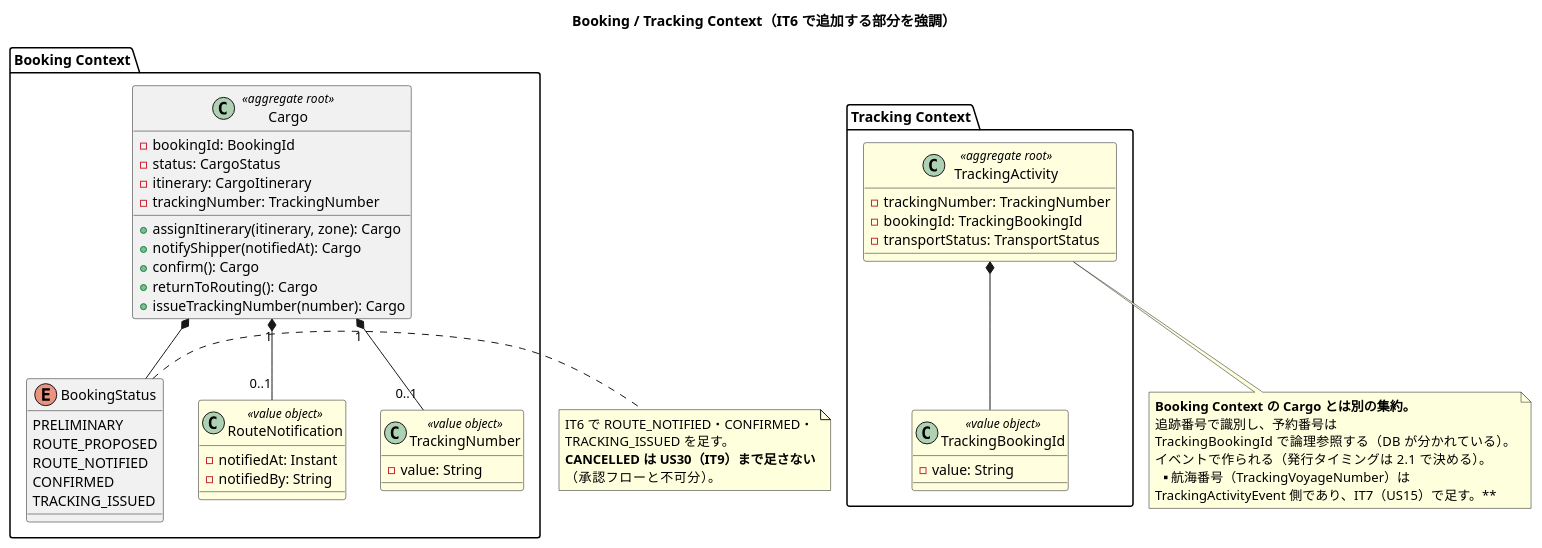
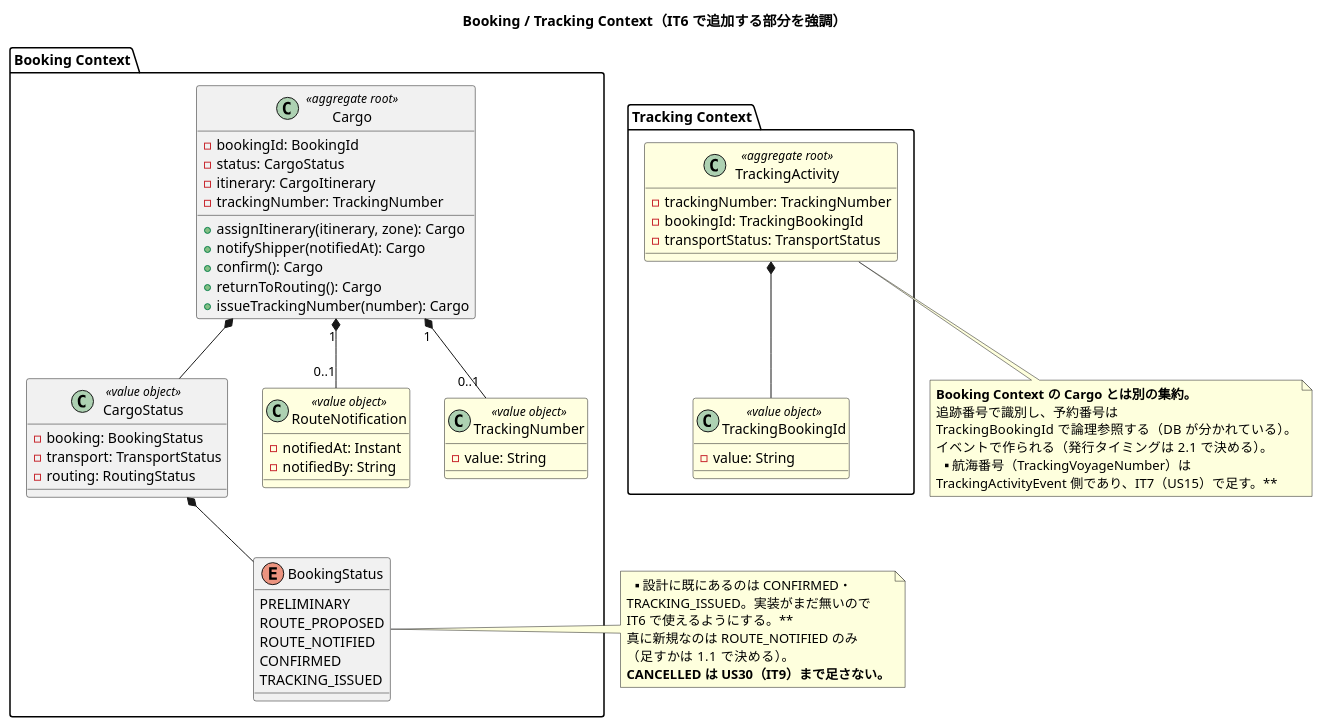
The first of 4 diagrams in docs/development/iteration_plan-6.md (k2works/case-study-cargo-tracker), drawn with PlantUML before and after one commit. The commit also changed other lines of this file and 4 other files, not shown here.

````diff
--- a/docs/development/iteration_plan-6.md
+++ b/docs/development/iteration_plan-6.md
@@ -114,69 +121,78 @@
 ```plantuml
 @startuml
 title Booking / Tracking Context（IT6 で追加する部分を強調）
 
 package "Booking Context" {
+  class CargoStatus <<value object>> {
+    -booking: BookingStatus
+    -transport: TransportStatus
+    -routing: RoutingStatus
+  }
+
   class Cargo <<aggregate root>> {
     -bookingId: BookingId
     -status: CargoStatus
     -itinerary: CargoItinerary
     -trackingNumber: TrackingNumber
     +assignItinerary(itinerary, zone): Cargo
     +notifyShipper(notifiedAt): Cargo
     +confirm(): Cargo
     +returnToRouting(): Cargo
     +issueTrackingNumber(number): Cargo
   }
 
   class RouteNotification <<value object>> #LightYellow {
     -notifiedAt: Instant
     -notifiedBy: String
   }
 
   class TrackingNumber <<value object>> #LightYellow {
     -value: String
   }
 
   enum BookingStatus {
     PRELIMINARY
     ROUTE_PROPOSED
     ROUTE_NOTIFIED
     CONFIRMED
     TRACKING_ISSUED
   }
 }
 
 package "Tracking Context" {
   class TrackingActivity <<aggregate root>> #LightYellow {
     -trackingNumber: TrackingNumber
     -bookingId: TrackingBookingId
     -transportStatus: TransportStatus
   }
 
   class TrackingBookingId <<value object>> #LightYellow {
     -value: String
   }
 }
 
-Cargo *-- BookingStatus
+Cargo *-- CargoStatus
+CargoStatus *-- BookingStatus
 Cargo "1" *-- "0..1" RouteNotification
 Cargo "1" *-- "0..1" TrackingNumber
 TrackingActivity *-- TrackingBookingId
 
 note bottom of TrackingActivity
   **Booking Context の Cargo とは別の集約。**
   追跡番号で識別し、予約番号は
   TrackingBookingId で論理参照する（DB が分かれている）。
   イベントで作られる（発行タイミングは 2.1 で決める）。
   **航海番号（TrackingVoyageNumber）は
   TrackingActivityEvent 側であり、IT7（US15）で足す。**
 end note
 
 note right of BookingStatus
-  IT6 で ROUTE_NOTIFIED・CONFIRMED・
-  TRACKING_ISSUED を足す。
-  **CANCELLED は US30（IT9）まで足さない**
-  （承認フローと不可分）。
+  **設計に既にあるのは CONFIRMED・
+  TRACKING_ISSUED。実装がまだ無いので
+  IT6 で使えるようにする。**
+  真に新規なのは ROUTE_NOTIFIED のみ
+  （足すかは 1.1 で決める）。
+  **CANCELLED は US30（IT9）まで足さない。**
 end note
 @enduml
 ```
````
